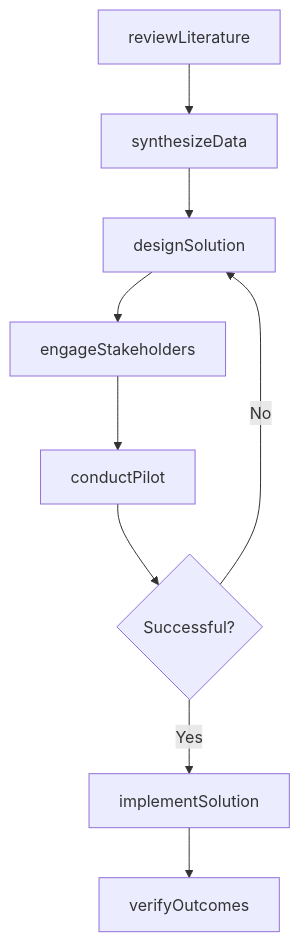
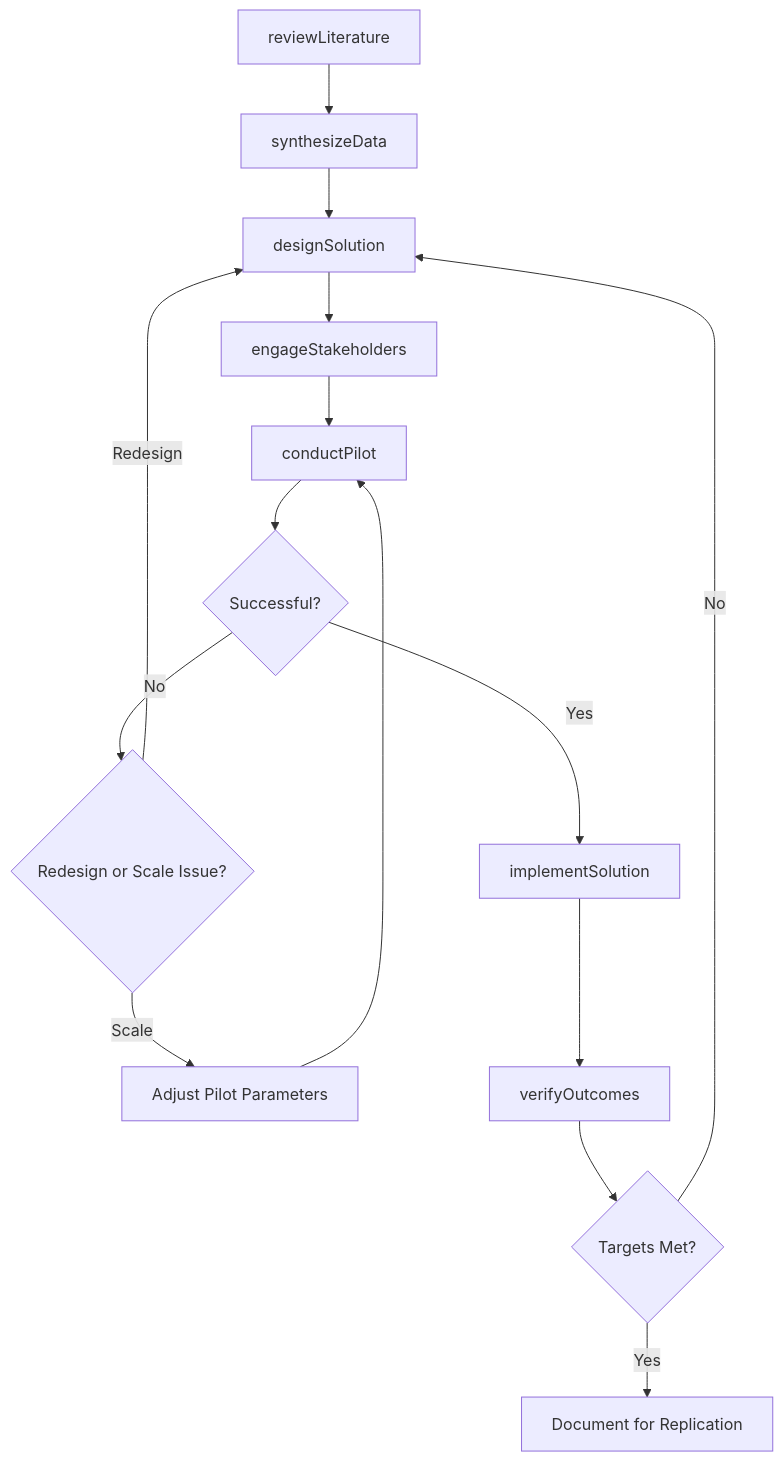
One commit to dot-org-ai/tasks.org.ai changed the third of 4 diagrams in ThinkingCreatively/DevelopSystemsOrPracticesToMitigateOrResolveEnvironmentalProblems/ApplyKnowledgeResearchFindingsAddress.mdx. Above: the diagram before and after it, drawn with Mermaid. The commit also changed other lines of this file and 266 other files, not shown here.

First line of the commit message:
feat: Add ER diagrams, state diagrams to wave 2 batch (251 DWA files)

````diff
--- a/ThinkingCreatively/DevelopSystemsOrPracticesToMitigateOrResolveEnvironmentalProblems/ApplyKnowledgeResearchFindingsAddress.mdx
+++ b/ThinkingCreatively/DevelopSystemsOrPracticesToMitigateOrResolveEnvironmentalProblems/ApplyKnowledgeResearchFindingsAddress.mdx
@@ -87,11 +116,17 @@
 ```mermaid
 graph TD
     A[reviewLiterature] --> B[synthesizeData]
     B --> C[designSolution]
     C --> D[engageStakeholders]
     D --> E[conductPilot]
     E --> F{Successful?}
-    F -->|No| C
-    F -->|Yes| G[implementSolution]
-    G --> H[verifyOutcomes]
+    F -->|No| G{Redesign or Scale Issue?}
+    G -->|Redesign| C
+    G -->|Scale| H[Adjust Pilot Parameters]
+    H --> E
+    F -->|Yes| I[implementSolution]
+    I --> J[verifyOutcomes]
+    J --> K{Targets Met?}
+    K -->|No| C
+    K -->|Yes| L[Document for Replication]
 ```
````
